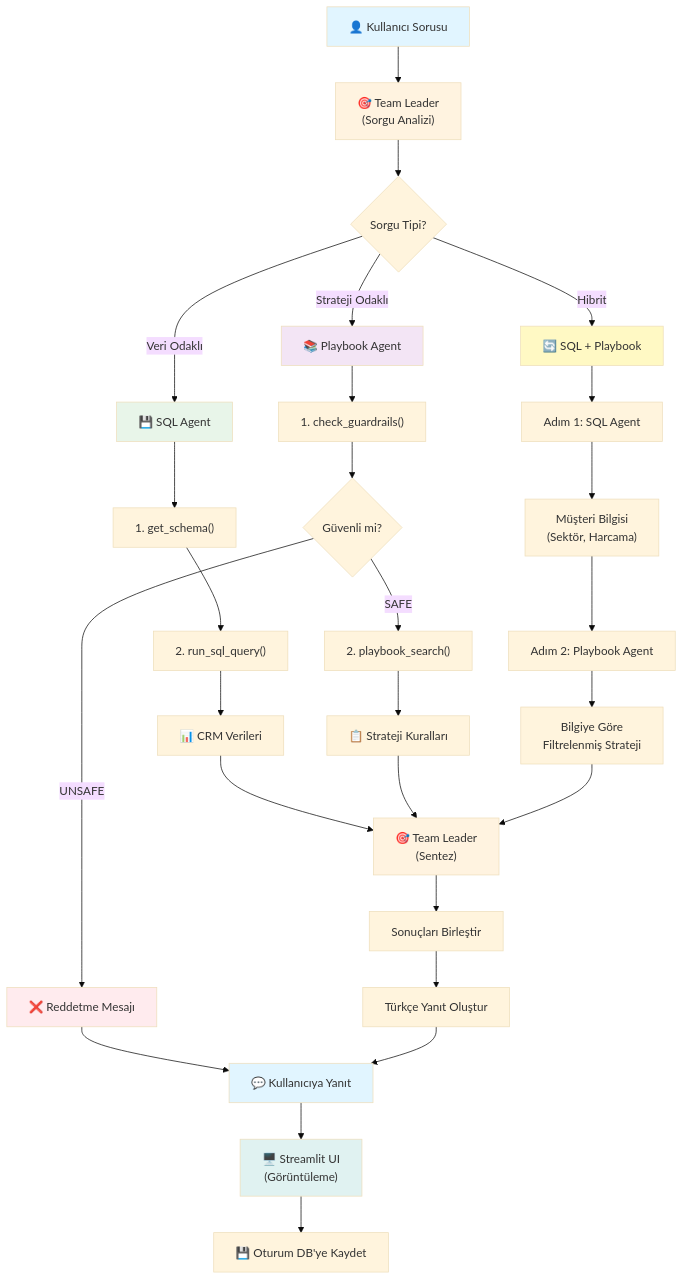
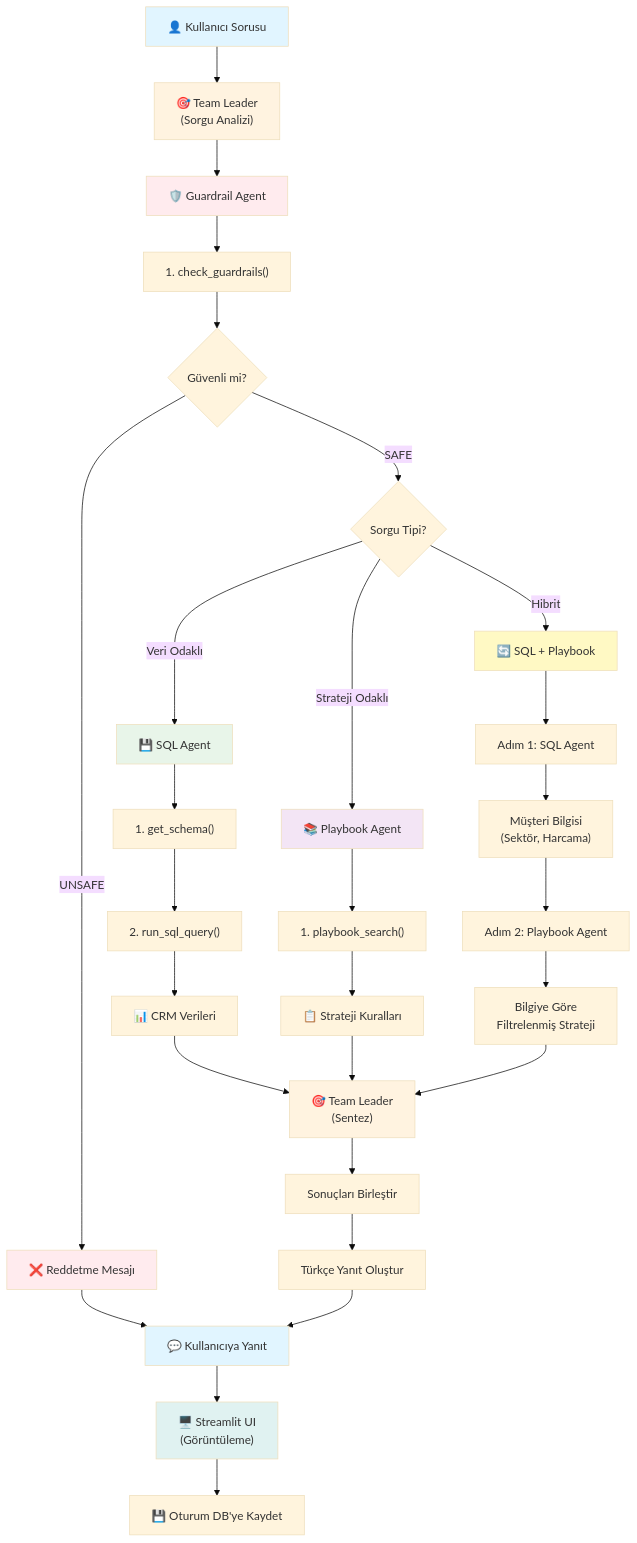
One commit to saribasmetehan/agno-sales-asistan changed the diagram in README.md. Above: the diagram before and after it, drawn with Mermaid (base theme). The commit also changed other lines of this file and 1 other file, not shown here.

Commit message:
docs(readme): update agent architecture and flowchart for guardrail agent

````diff
--- a/README.md
+++ b/README.md
@@ -231,46 +231,50 @@
 ```mermaid
 graph TD
     A["👤 Kullanıcı Sorusu"] --> B["🎯 Team Leader<br/>(Sorgu Analizi)"]
-    B --> C{"Sorgu Tipi?"}
+    
+    B --> G_AGENT["🛡️ Guardrail Agent"]
+    G_AGENT --> G1["1. check_guardrails()"]
+    G1 --> G2{"Güvenli mi?"}
+    
+    G2 -->|"UNSAFE"| E4["❌ Reddetme Mesajı"]
+    G2 -->|"SAFE"| C{"Sorgu Tipi?"}
     
     C -->|"Veri Odaklı"| D["💾 SQL Agent"]
     C -->|"Strateji Odaklı"| E["📚 Playbook Agent"]
     C -->|"Hibrit"| F["🔄 SQL + Playbook"]
     
     D --> D1["1. get_schema()"]
     D1 --> D2["2. run_sql_query()"]
     D2 --> D3["📊 CRM Verileri"]
     
-    E --> E1["1. check_guardrails()"]
-    E1 --> E2{"Güvenli mi?"}
-    E2 -->|"SAFE"| E3["2. playbook_search()"]
-    E2 -->|"UNSAFE"| E4["❌ Reddetme Mesajı"]
+    E --> E3["1. playbook_search()"]
     E3 --> E5["📋 Strateji Kuralları"]
     
     F --> F1["Adım 1: SQL Agent"]
     F1 --> F2["Müşteri Bilgisi<br/>(Sektör, Harcama)"]
     F2 --> F3["Adım 2: Playbook Agent"]
     F3 --> F4["Bilgiye Göre<br/>Filtrelenmiş Strateji"]
     
     D3 --> G["🎯 Team Leader<br/>(Sentez)"]
     E5 --> G
     F4 --> G
     E4 --> H["💬 Kullanıcıya Yanıt"]
     
-    G --> G1["Sonuçları Birleştir"]
-    G1 --> G2["Türkçe Yanıt Oluştur"]
-    G2 --> H
+    G --> G1_SYNC["Sonuçları Birleştir"]
+    G1_SYNC --> G2_SYNC["Türkçe Yanıt Oluştur"]
+    G2_SYNC --> H
     
     H --> I["🖥️ Streamlit UI<br/>(Görüntüleme)"]
     I --> J["💾 Oturum DB'ye Kaydet"]
     
     style A fill:#e1f5ff
     style B fill:#fff3e0
+    style G_AGENT fill:#ffebee
     style D fill:#e8f5e9
     style E fill:#f3e5f5
     style F fill:#fff9c4
     style G fill:#fff3e0
     style H fill:#e1f5ff
     style I fill:#e0f2f1
     style E4 fill:#ffebee
 ```
````
